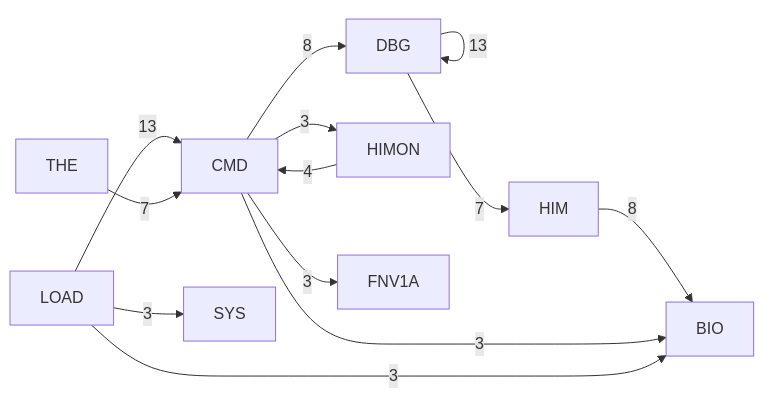
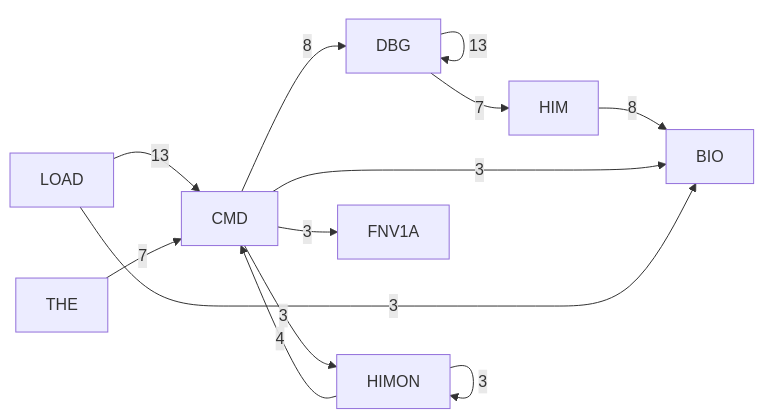
The third of 6 diagrams in DOC/GENERATED/HIMON_SUPPORT_MAP.md (95westus/R-YORS), drawn with Mermaid before and after one commit. The commit also changed other lines of this file and 53 other files, not shown here.

````diff
--- a/DOC/GENERATED/HIMON_SUPPORT_MAP.md
+++ b/DOC/GENERATED/HIMON_SUPPORT_MAP.md
@@ -45,15 +45,15 @@
 ```mermaid
 flowchart LR
     P_DBG[DBG] -->|13| P_DBG[DBG]
     P_LOAD[LOAD] -->|13| P_CMD[CMD]
     P_CMD[CMD] -->|8| P_DBG[DBG]
     P_HIM[HIM] -->|8| P_BIO[BIO]
     P_DBG[DBG] -->|7| P_HIM[HIM]
     P_THE[THE] -->|7| P_CMD[CMD]
     P_HIMON[HIMON] -->|4| P_CMD[CMD]
     P_CMD[CMD] -->|3| P_BIO[BIO]
     P_CMD[CMD] -->|3| P_FNV1A[FNV1A]
     P_CMD[CMD] -->|3| P_HIMON[HIMON]
+    P_HIMON[HIMON] -->|3| P_HIMON[HIMON]
     P_LOAD[LOAD] -->|3| P_BIO[BIO]
-    P_LOAD[LOAD] -->|3| P_SYS[SYS]
 ```
````
